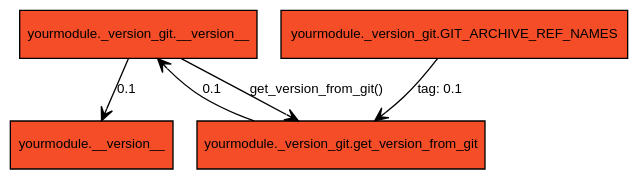
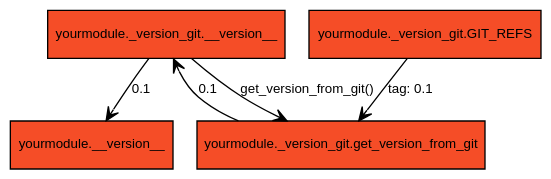
The second of 2 diagrams in docs/index.rst (DiamondLightSource/versiongit), drawn with Graphviz before and after one commit. The commit also changed other lines of this file and 1 other file, not shown here.

```diff
--- a/docs/index.rst
+++ b/docs/index.rst
@@ -58,15 +69,15 @@
-.. digraph:: archive
+.. digraph:: static_version
 
     bgcolor=transparent
     node [fontname=Arial fontsize=10 shape=box style=filled fillcolor="#f54d27"]
     edge [fontname=Arial fontsize=10 arrowhead=vee]
 
     vgv [label="yourmodule._version_git.__version__"]
-    vga [label="yourmodule._version_git.GIT_ARCHIVE_REF_NAMES"]
+    vga [label="yourmodule._version_git.GIT_REFS"]
     vg [label="yourmodule._version_git.get_version_from_git"]
     v [label="yourmodule.__version__"]
 
     vgv -> vg [label="get_version_from_git()"]
     vga -> vg [label="tag: 0.1"]
     vg -> vgv [label="0.1"]
     vgv -> v [label="0.1"]
```
